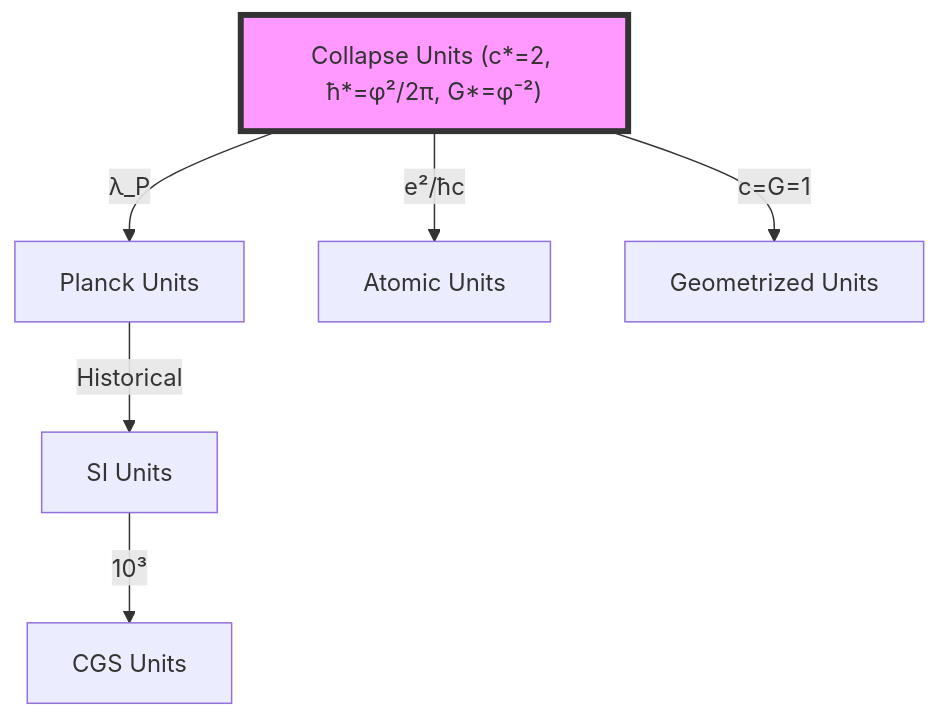
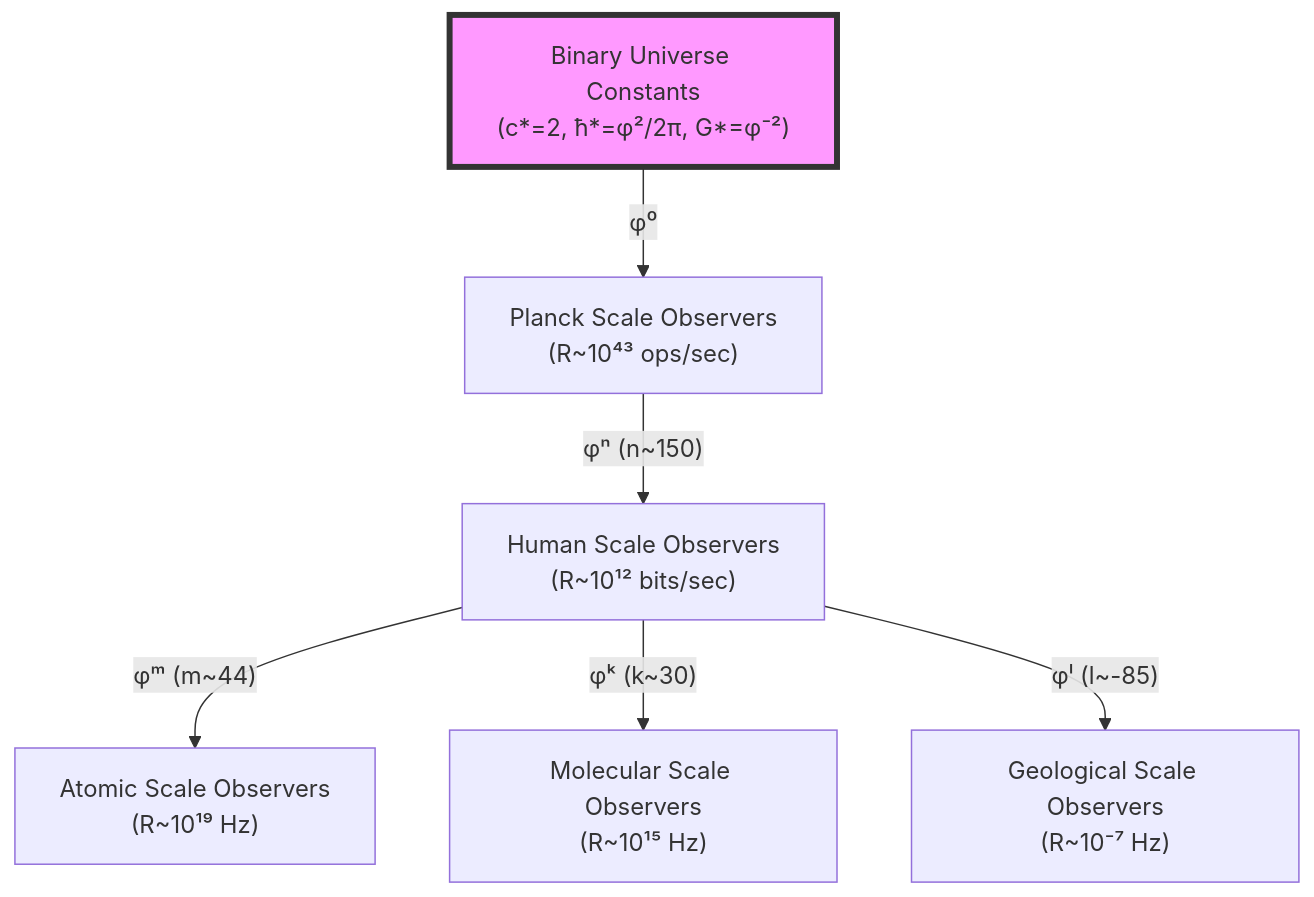
Before and after one commit to loning/the-phys: the first of 2 diagrams in docs/psi-constants/part-02-collapse-si-equivalence/chapter-023-unit-equivalence-from-three-collapse-extremals.md, drawn with Mermaid. The commit also changed other lines of this file and 6 other files, not shown here.

````diff
--- a/docs/psi-constants/part-02-collapse-si-equivalence/chapter-023-unit-equivalence-from-three-collapse-extremals.md
+++ b/docs/psi-constants/part-02-collapse-si-equivalence/chapter-023-unit-equivalence-from-three-collapse-extremals.md
@@ -134,17 +153,17 @@
 ```mermaid
 graph TD
-    A["Collapse Units (c*=2, ħ*=φ²/2π, G*=φ⁻²)"] 
-    B["Planck Units"]
-    C["SI Units"]
-    D["CGS Units"]
-    E["Atomic Units"]
-    F["Geometrized Units"]
+    A["Binary Universe Constants<br/>(c*=2, ħ*=φ²/2π, G*=φ⁻²)"] 
+    B["Planck Scale Observers<br/>(R~10⁴³ ops/sec)"]
+    C["Human Scale Observers<br/>(R~10¹² bits/sec)"]
+    D["Atomic Scale Observers<br/>(R~10¹⁹ Hz)"]
+    E["Molecular Scale Observers<br/>(R~10¹⁵ Hz)"]
+    F["Geological Scale Observers<br/>(R~10⁻⁷ Hz)"]
     
-    A -->|"λ_P"| B
-    B -->|"Historical"| C
-    C -->|"10³"| D
-    A -->|"e²/ħc"| E
-    A -->|"c=G=1"| F
+    A -->|"φ⁰"| B
+    B -->|"φⁿ (n~150)"| C
+    C -->|"φᵐ (m~44)"| D
+    C -->|"φᵏ (k~30)"| E
+    C -->|"φˡ (l~-85)"| F
     
     style A fill:#f9f,stroke:#333,stroke-width:4px
 ```
````
